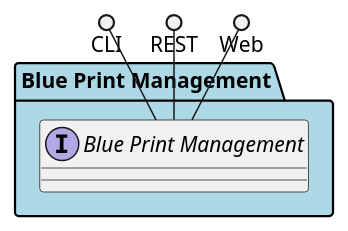
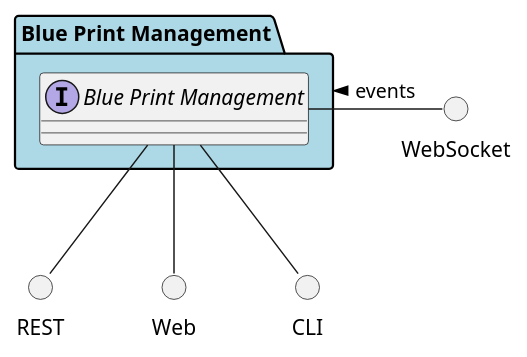
The diagram in docs/edgemere/diml/ddf/bpm/subpackage.puml (madajaju/edgemere), drawn with PlantUML before and after one commit. The commit also changed 775 other files, not shown here.

```diff
--- a/docs/edgemere/diml/ddf/bpm/subpackage.puml
+++ b/docs/edgemere/diml/ddf/bpm/subpackage.puml
@@ -1,23 +1,30 @@
 @startuml
 
 
 
 package "Blue Print Management" #lightblue {
 
     interface "Blue Print Management" as i {
     
+    
     }
 }
 
-CLI ()-- i
-REST ()-- i
-Web ()-- i
+circle REST
+circle Web
+circle CLI
+circle WebSocket
+
+i -down- Web
+i -down- CLI
+i -down- REST
+WebSocket -left- i: events >
 
 package "Blue Print Management" #lightblue {
 
 
 }
 
 
 
 @enduml
```
